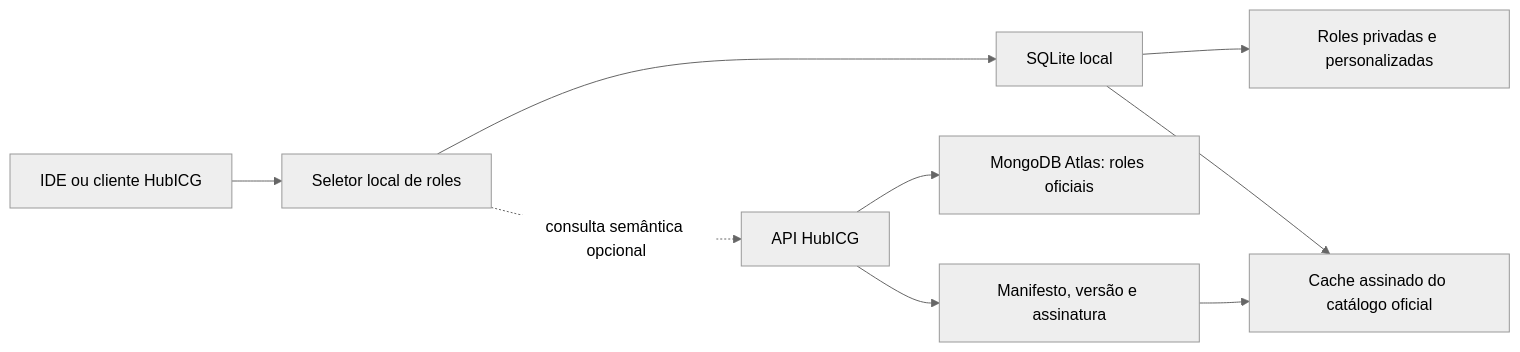
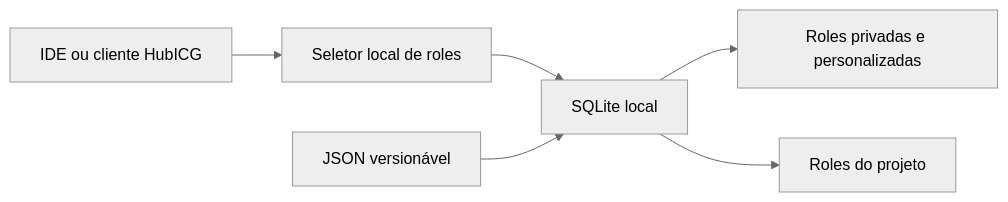
The diagram in docs/architecture/ROLE-STORAGE-SELECTION-STUDY.md (HUBTECH-DEV/hubicg-community), drawn with Mermaid (neutral theme) before and after one commit. The commit also changed other lines of this file and 5 other files, not shown here.

````diff
--- a/docs/architecture/ROLE-STORAGE-SELECTION-STUDY.md
+++ b/docs/architecture/ROLE-STORAGE-SELECTION-STUDY.md
@@ -64,11 +66,8 @@
 ```mermaid
 flowchart LR
     IDE["IDE ou cliente HubICG"] --> SEL["Seletor local de roles"]
     SEL --> DB["SQLite local"]
     DB --> CUSTOM["Roles privadas e personalizadas"]
-    DB --> CACHE["Cache assinado do catálogo oficial"]
-    SEL -. "consulta semântica opcional" .-> API["API HubICG"]
-    API --> ATLAS["MongoDB Atlas: roles oficiais"]
-    API --> SIGN["Manifesto, versão e assinatura"]
-    SIGN --> CACHE
+    DB --> PROJECT["Roles do projeto"]
+    JSON["JSON versionável"] --> DB
 ```
````
